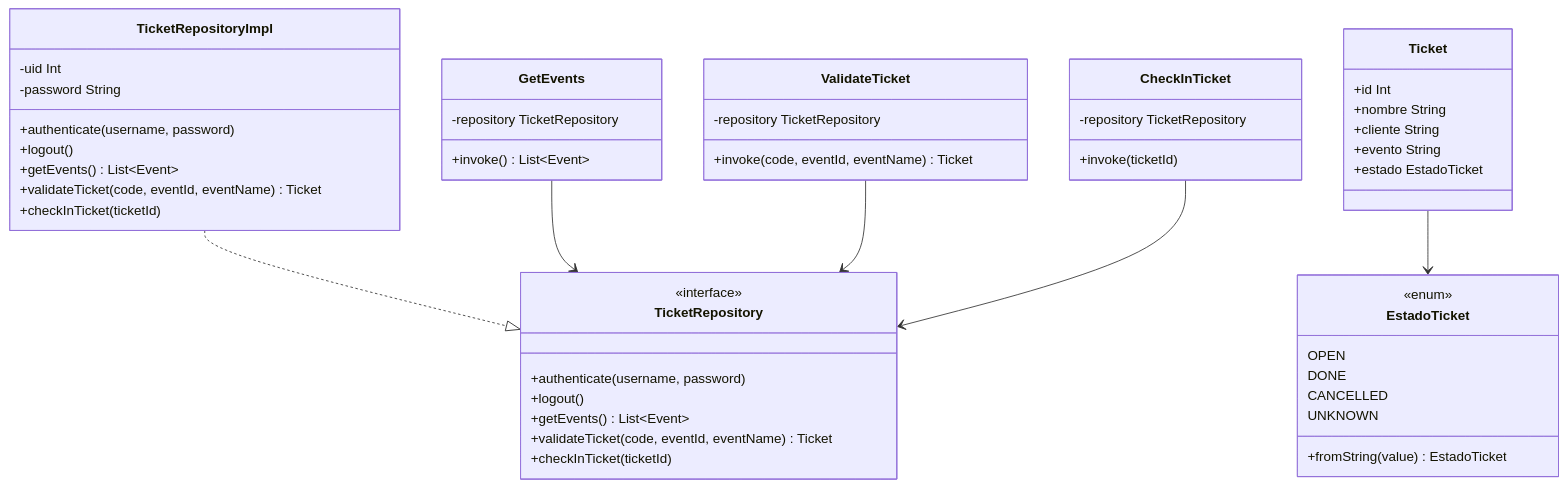
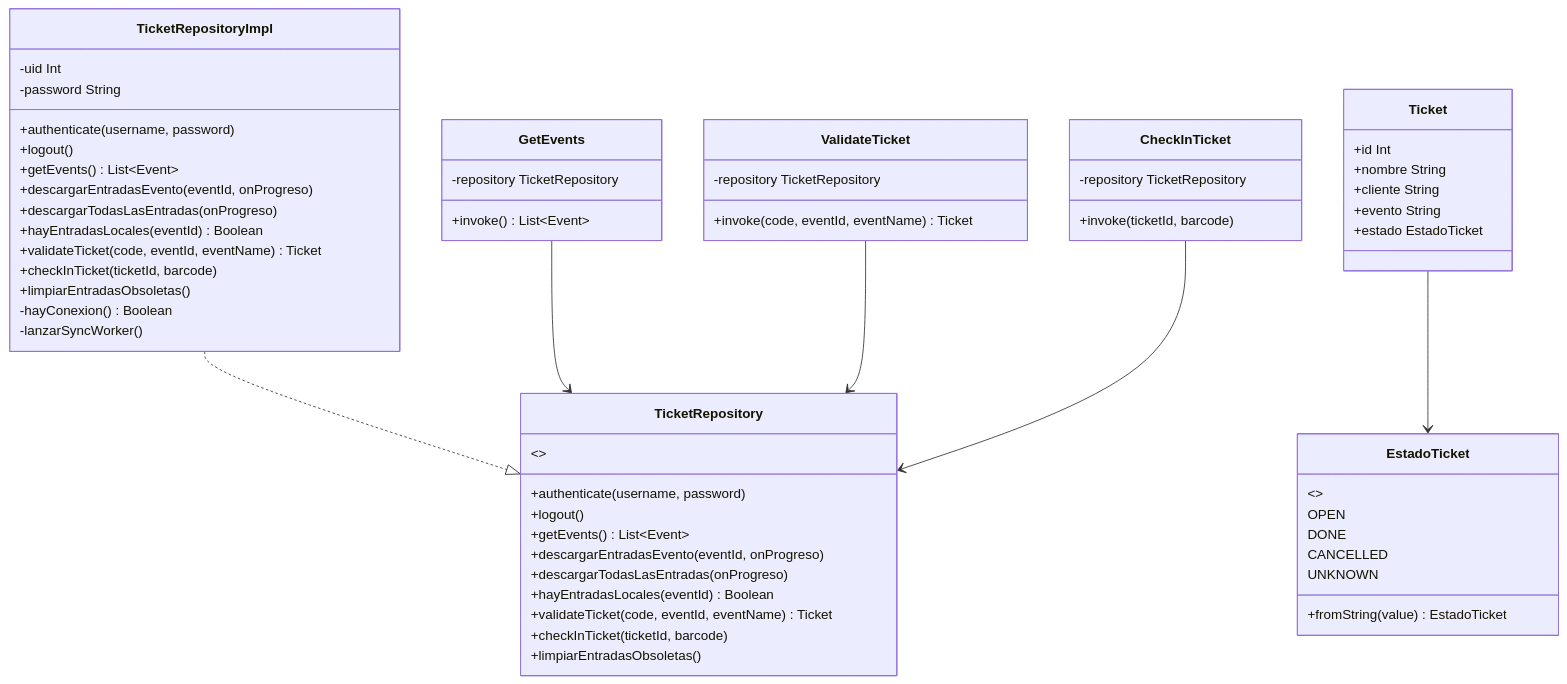
Before and after one commit to ManuelPavonBuendia/AppEntradas: the third of 9 diagrams in README.md, drawn with Mermaid. The commit also changed other lines of this file, not shown here.

````diff
--- a/README.md
+++ b/README.md
@@ -119,53 +138,63 @@
 ```mermaid
 classDiagram
     class TicketRepository {
-        <<interface>>
+        <>
         +authenticate(username, password)
         +logout()
         +getEvents() List~Event~
+        +descargarEntradasEvento(eventId, onProgreso)
+        +descargarTodasLasEntradas(onProgreso)
+        +hayEntradasLocales(eventId) Boolean
         +validateTicket(code, eventId, eventName) Ticket
-        +checkInTicket(ticketId)
+        +checkInTicket(ticketId, barcode)
+        +limpiarEntradasObsoletas()
     }
     class TicketRepositoryImpl {
         -uid Int
         -password String
         +authenticate(username, password)
         +logout()
         +getEvents() List~Event~
+        +descargarEntradasEvento(eventId, onProgreso)
+        +descargarTodasLasEntradas(onProgreso)
+        +hayEntradasLocales(eventId) Boolean
         +validateTicket(code, eventId, eventName) Ticket
-        +checkInTicket(ticketId)
+        +checkInTicket(ticketId, barcode)
+        +limpiarEntradasObsoletas()
+        -hayConexion() Boolean
+        -lanzarSyncWorker()
     }
     class GetEvents {
         -repository TicketRepository
         +invoke() List~Event~
     }
     class ValidateTicket {
         -repository TicketRepository
         +invoke(code, eventId, eventName) Ticket
     }
     class CheckInTicket {
         -repository TicketRepository
-        +invoke(ticketId)
+        +invoke(ticketId, barcode)
     }
     class Ticket {
         +id Int
         +nombre String
         +cliente String
         +evento String
         +estado EstadoTicket
     }
     class EstadoTicket {
-        <<enum>>
+        <>
         OPEN
         DONE
         CANCELLED
         UNKNOWN
         +fromString(value) EstadoTicket
     }
 
     TicketRepositoryImpl ..|> TicketRepository
     GetEvents --> TicketRepository
     ValidateTicket --> TicketRepository
     CheckInTicket --> TicketRepository
     Ticket --> EstadoTicket
 ```
````
